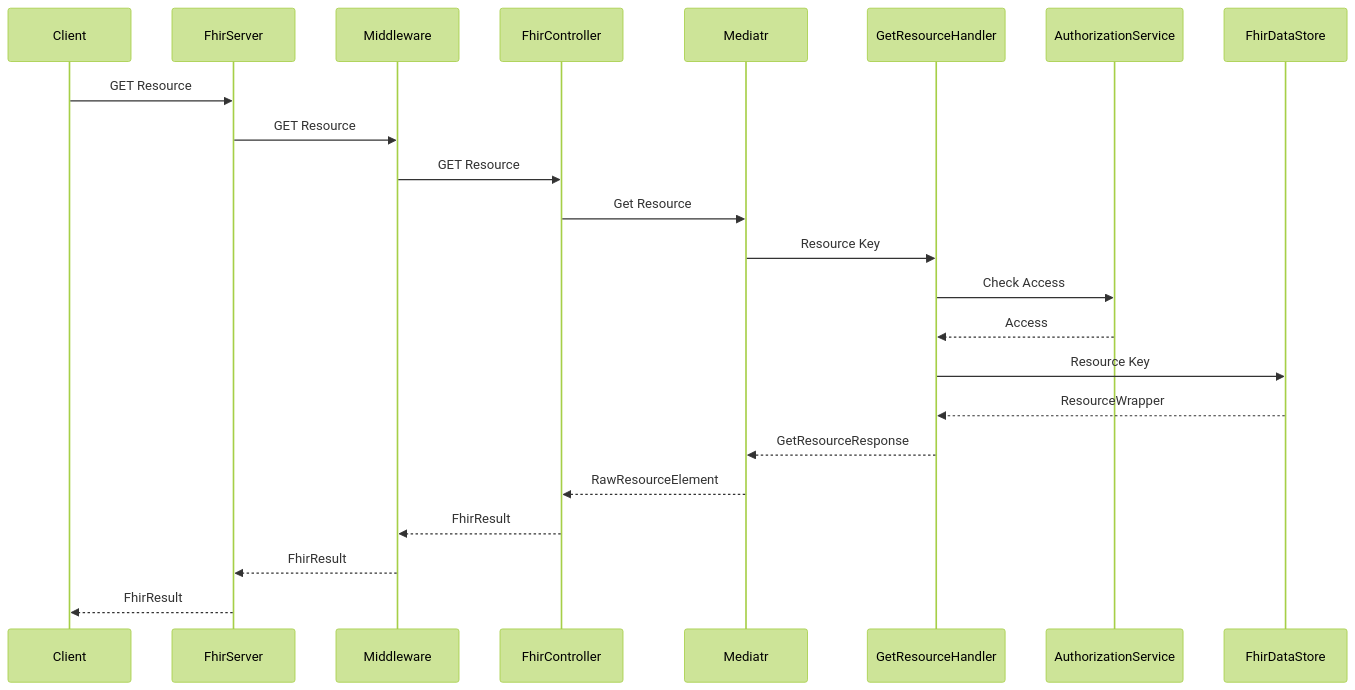
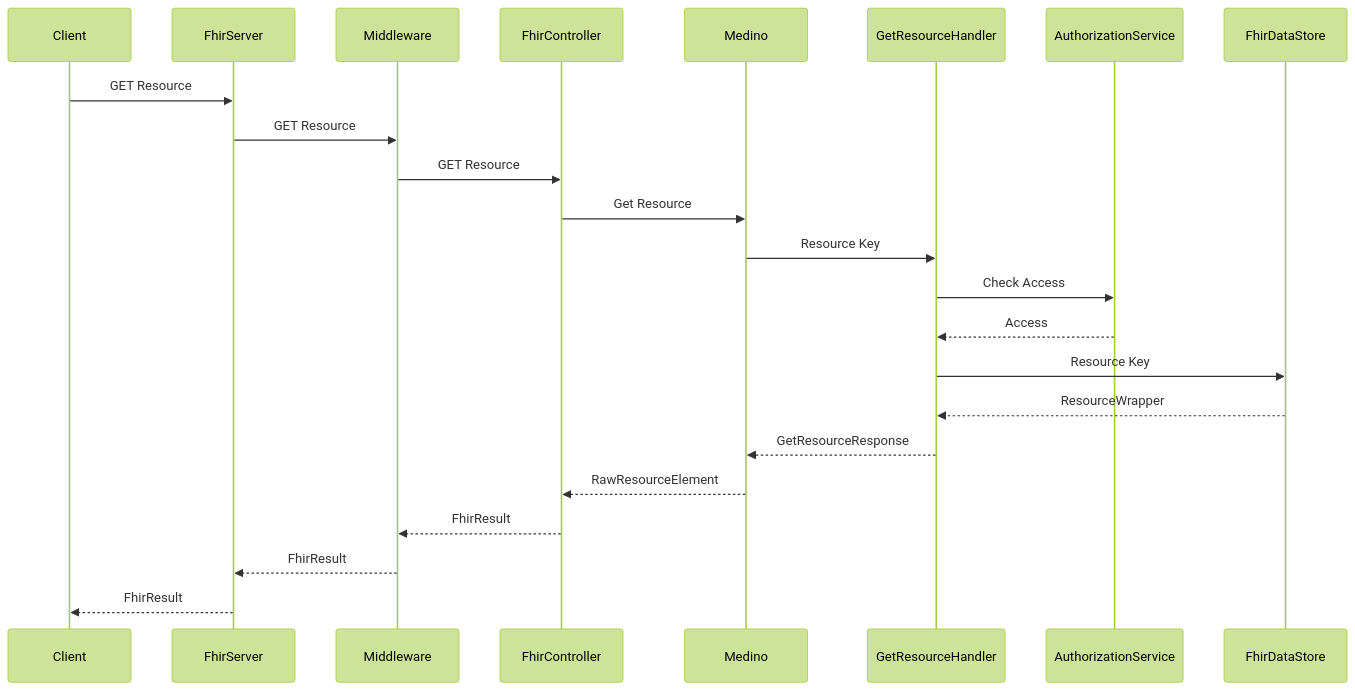
One commit to microsoft/fhir-server changed the diagram in docs/flow diagrams/read-resource.md. Above: the diagram before and after it, drawn with Mermaid (forest theme). The commit also changed 33 other files, not shown here.

````diff
--- a/docs/flow diagrams/read-resource.md
+++ b/docs/flow diagrams/read-resource.md
@@ -1,17 +1,17 @@
 ```mermaid
 sequenceDiagram
     Client->>FhirServer: GET Resource
     FhirServer->>Middleware: GET Resource
     Middleware->>FhirController: GET Resource
-    FhirController->>Mediatr: Get Resource
-    Mediatr->>GetResourceHandler: Resource Key
+    FhirController->>Medino: Get Resource
+    Medino->>GetResourceHandler: Resource Key
     GetResourceHandler->>AuthorizationService: Check Access
     AuthorizationService-->>GetResourceHandler: Access
     GetResourceHandler->>FhirDataStore: Resource Key
     FhirDataStore-->>GetResourceHandler: ResourceWrapper
-    GetResourceHandler-->>Mediatr: GetResourceResponse
-    Mediatr-->>FhirController: RawResourceElement
+    GetResourceHandler-->>Medino: GetResourceResponse
+    Medino-->>FhirController: RawResourceElement
     FhirController-->>Middleware: FhirResult
     Middleware-->>FhirServer: FhirResult
     FhirServer-->>Client: FhirResult
 ```
````
